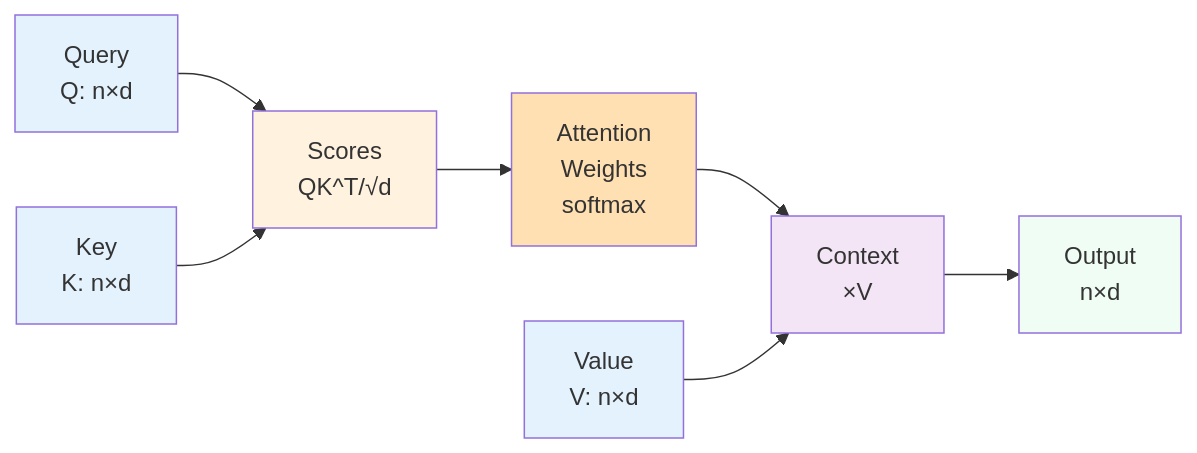
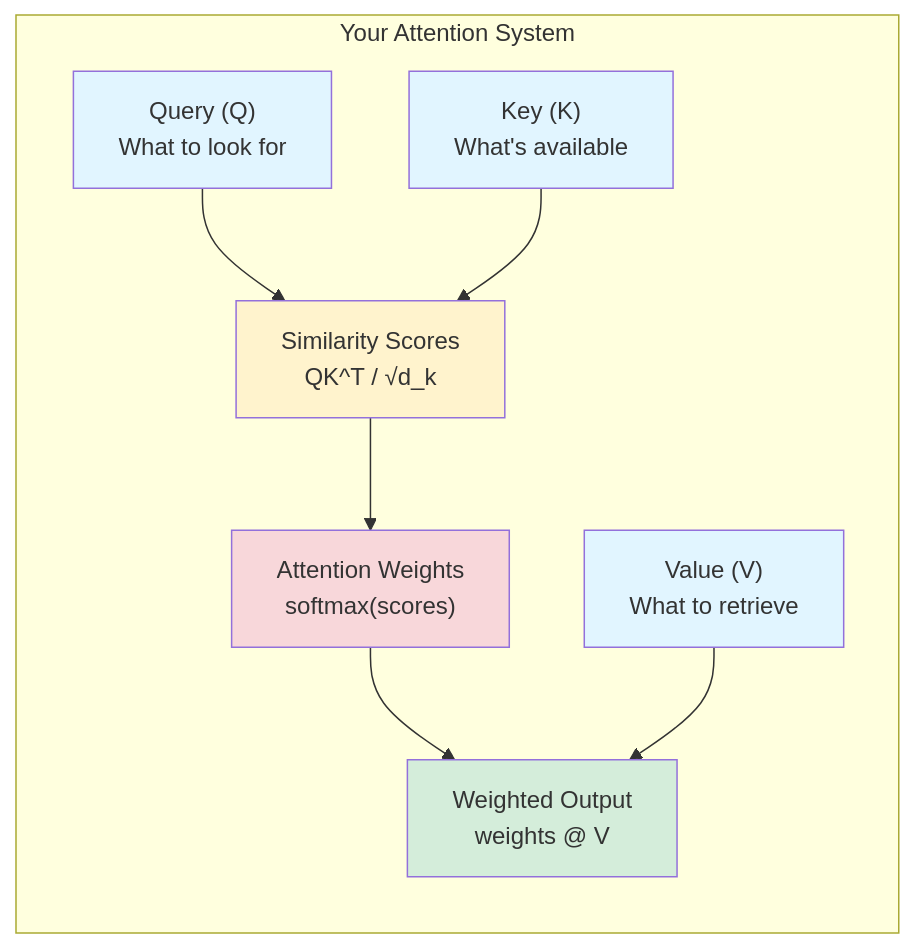
The diagram in tinytorch/src/12_attention/ABOUT.md (harvard-edge/cs249r_book), drawn with Mermaid before and after one commit. The commit also changed other lines of this file and 18 other files, not shown here.

````diff
--- a/tinytorch/src/12_attention/ABOUT.md
+++ b/tinytorch/src/12_attention/ABOUT.md
@@ -50,17 +34,24 @@
 ```{mermaid}
-graph LR
-    A[Query<br/>Q: n×d] --> D[Scores<br/>QK^T/√d]
-    B[Key<br/>K: n×d] --> D
-    D --> E[Attention<br/>Weights<br/>softmax]
-    E --> F[Context<br/>×V]
-    C[Value<br/>V: n×d] --> F
-    F --> G[Output<br/>n×d]
+flowchart LR
+    subgraph "Your Attention System"
+        A["Query (Q)<br/>What to look for"]
+        B["Key (K)<br/>What's available"]
+        C["Value (V)<br/>What to retrieve"]
+        D["Similarity Scores<br/>QK^T / √d_k"]
+        E["Attention Weights<br/>softmax(scores)"]
+        F["Weighted Output<br/>weights @ V"]
+    end
 
-    style A fill:#e3f2fd
-    style B fill:#e3f2fd
-    style C fill:#e3f2fd
-    style D fill:#fff3e0
-    style E fill:#ffe0b2
-    style F fill:#f3e5f5
-    style G fill:#f0fdf4
+    A --> D
+    B --> D
+    D --> E
+    E --> F
+    C --> F
+
+    style A fill:#e1f5ff
+    style B fill:#e1f5ff
+    style C fill:#e1f5ff
+    style D fill:#fff3cd
+    style E fill:#f8d7da
+    style F fill:#d4edda
 ```
````
